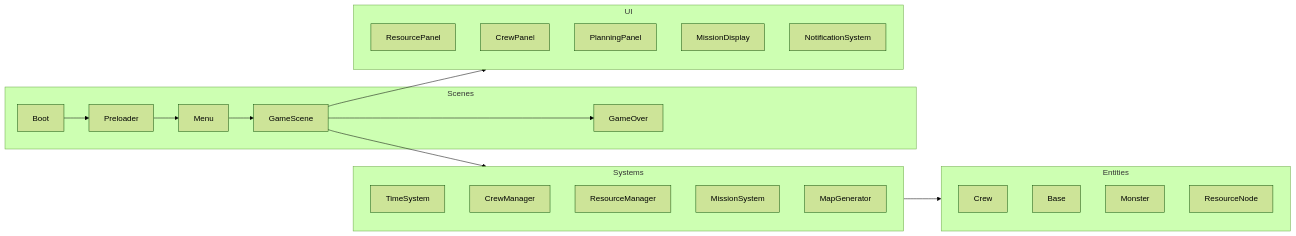
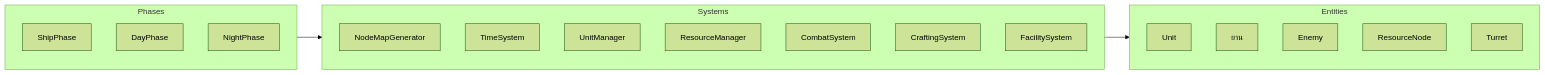
One commit to nopponaim603/clogged changed the second of 2 diagrams in docs/gdd/00-concept.md. Above: the diagram before and after it, drawn with Mermaid (forest theme). The commit also changed other lines of this file and 4 other files, not shown here.

````diff
--- a/docs/gdd/00-concept.md
+++ b/docs/gdd/00-concept.md
@@ -67,29 +93,26 @@
 ```mermaid
 flowchart LR
-    subgraph Scenes
-        Boot --> Preloader --> Menu --> GameScene --> GameOver
-    end
     subgraph Systems
+        NodeMapGenerator
         TimeSystem
-        CrewManager
+        UnitManager
         ResourceManager
-        MissionSystem
-        MapGenerator
+        CombatSystem
+        CraftingSystem
+        FacilitySystem
     end
     subgraph Entities
-        Crew
-        Base
-        Monster
+        Unit
+        Base[ยาน]
+        Enemy
         ResourceNode
+        Turret
     end
-    subgraph UI
-        ResourcePanel
-        CrewPanel
-        PlanningPanel
-        MissionDisplay
-        NotificationSystem
+    subgraph Phases
+        ShipPhase
+        DayPhase
+        NightPhase
     end
-    GameScene --> Systems
+    Phases --> Systems
     Systems --> Entities
-    GameScene --> UI
 ```
````
